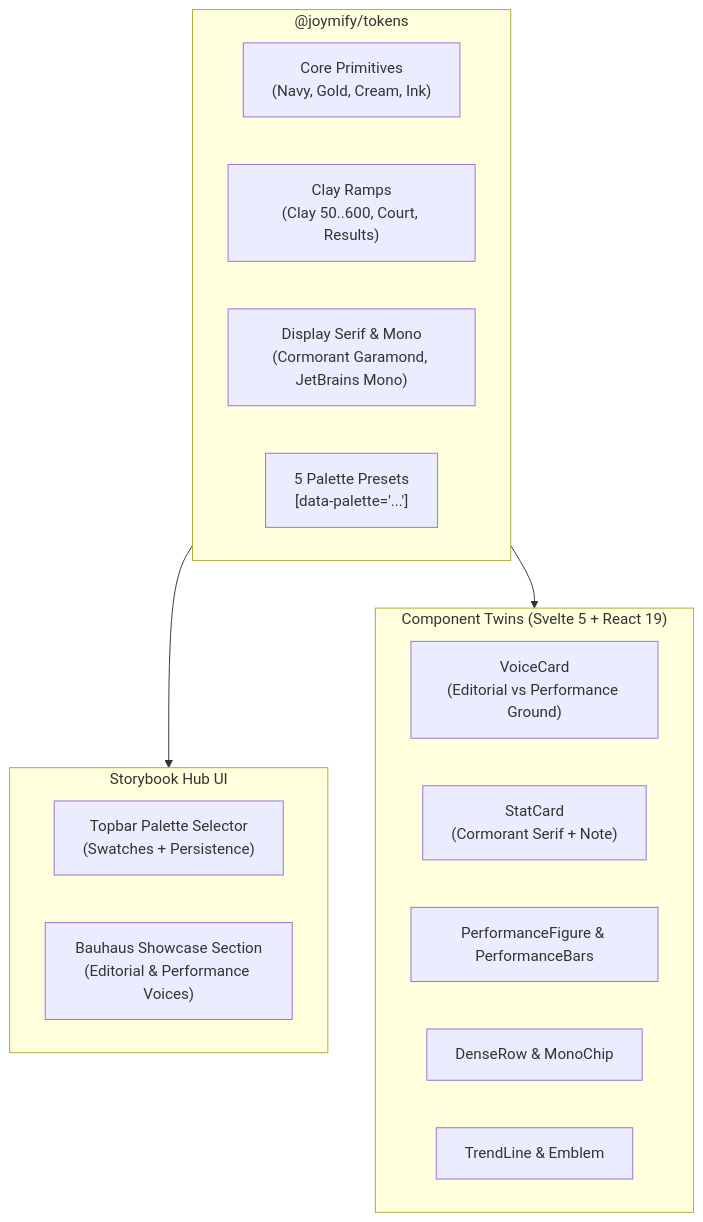
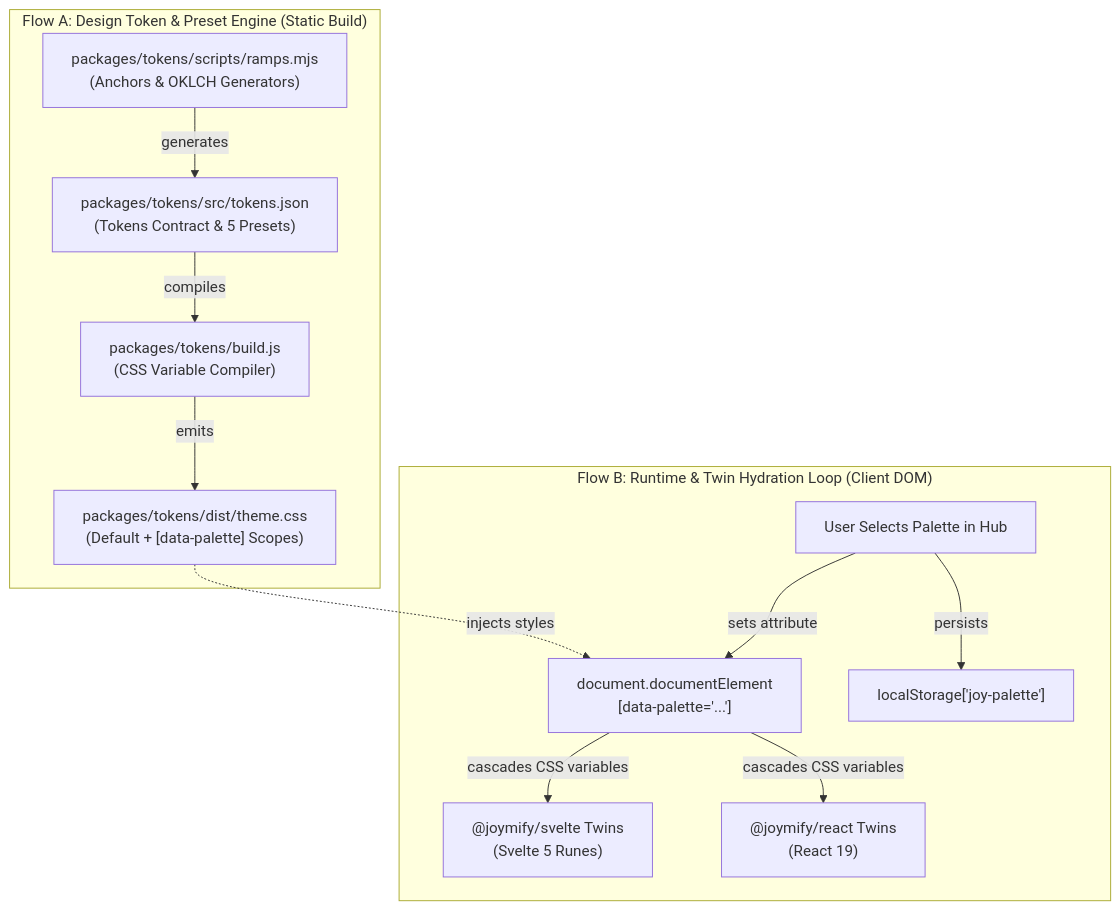
Before and after one commit to montionugera/joy-design: the diagram in docs/superpowers/specs/2026-10-02-bauhaus-presets-joy-coach-design.md, drawn with Mermaid. The commit also changed other lines of this file and 11 other files, not shown here.

Commit message:
docs: update spec, plan, DESIGN.md, and token generator for Bauhaus presets (F-049)

````diff
--- a/docs/superpowers/specs/2026-10-02-bauhaus-presets-joy-coach-design.md
+++ b/docs/superpowers/specs/2026-10-02-bauhaus-presets-joy-coach-design.md
@@ -9,25 +72,28 @@
 ```mermaid
-graph TD
-    subgraph Tokens ["@joymify/tokens"]
-        CorePrimitives["Core Primitives<br>(Navy, Gold, Cream, Ink)"]
-        ClayPrimitives["Clay Ramps<br>(Clay 50..600, Court, Results)"]
-        TypeTokens["Display Serif & Mono<br>(Cormorant Garamond, JetBrains Mono)"]
-        Presets["5 Palette Presets<br>[data-palette='...']"]
+flowchart TD
+    subgraph FlowA ["Flow A: Design Token & Preset Engine (Static Build)"]
+        RampsMjs["packages/tokens/scripts/ramps.mjs<br>(Anchors & OKLCH Generators)"]
+        TokensJson["packages/tokens/src/tokens.json<br>(Tokens Contract & 5 Presets)"]
+        BuildJs["packages/tokens/build.js<br>(CSS Variable Compiler)"]
+        DistCss["packages/tokens/dist/theme.css<br>(Default + [data-palette] Scopes)"]
+
+        RampsMjs -->|generates| TokensJson
+        TokensJson -->|compiles| BuildJs
+        BuildJs -->|emits| DistCss
     end
 
-    subgraph Hub ["Storybook Hub UI"]
-        TopbarSwitcher["Topbar Palette Selector<br>(Swatches + Persistence)"]
-        BauhausShowcase["Bauhaus Showcase Section<br>(Editorial & Performance Voices)"]
+    subgraph FlowB ["Flow B: Runtime & Twin Hydration Loop (Client DOM)"]
+        UserAction["User Selects Palette in Hub"]
+        DocElem["document.documentElement<br>[data-palette='...']"]
+        Storage["localStorage['joy-palette']"]
+        SvelteTwins["@joymify/svelte Twins<br>(Svelte 5 Runes)"]
+        ReactTwins["@joymify/react Twins<br>(React 19)"]
+
+        UserAction -->|sets attribute| DocElem
+        UserAction -->|persists| Storage
+        DocElem -->|cascades CSS variables| SvelteTwins
+        DocElem -->|cascades CSS variables| ReactTwins
     end
 
-    subgraph Twins ["Component Twins (Svelte 5 + React 19)"]
-        VoiceCard["VoiceCard<br>(Editorial vs Performance Ground)"]
-        StatCard["StatCard<br>(Cormorant Serif + Note)"]
-        PerformanceFig["PerformanceFigure & PerformanceBars"]
-        DenseRow["DenseRow & MonoChip"]
-        TrendLine["TrendLine & Emblem"]
-    end
-
-    Tokens --> Hub
-    Tokens --> Twins
+    DistCss -.->|injects styles| DocElem
 ```
````
